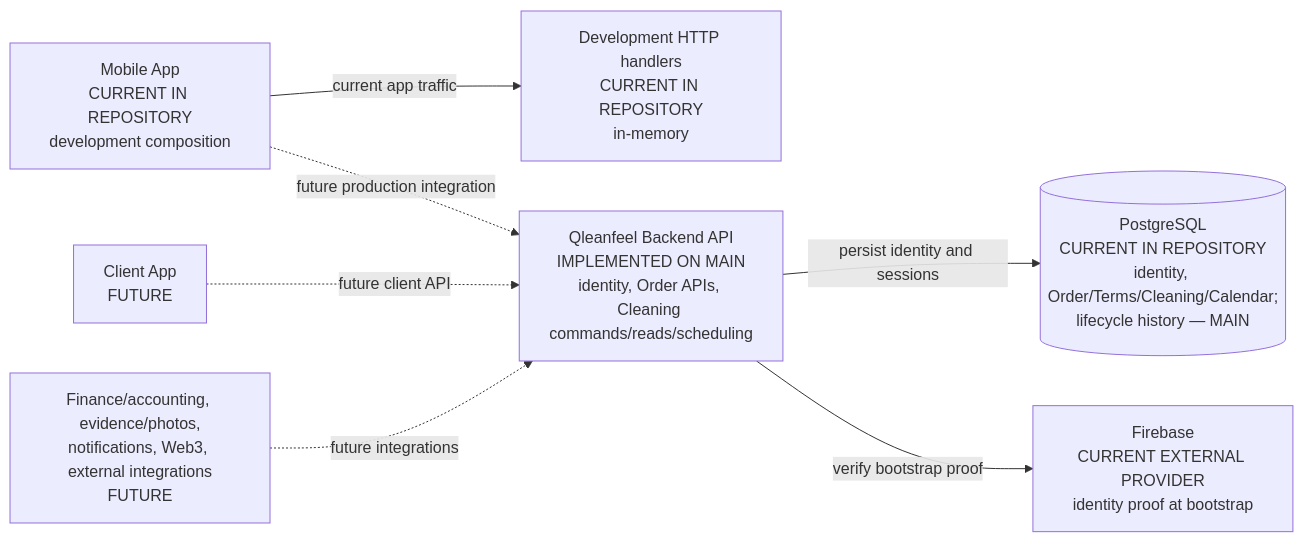
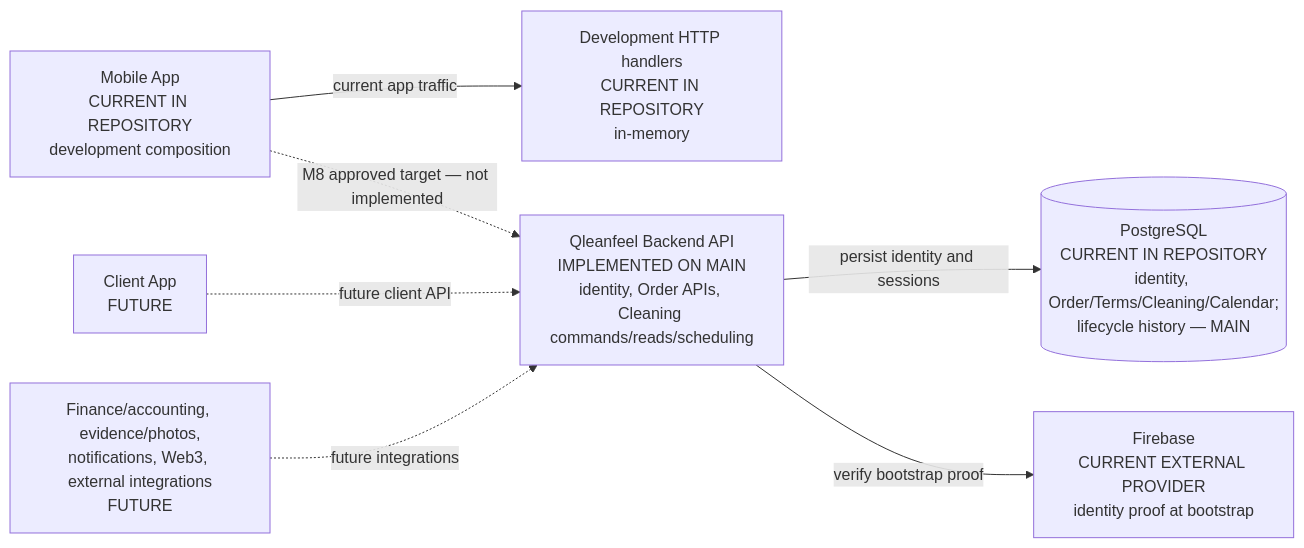
One commit to qleanfeel-bot/qleanfeel-rn changed the first of 11 diagrams in docs/ARCHITECTURE_MAP.md. Above: the diagram before and after it, drawn with Mermaid. The commit also changed other lines of this file and 7 other files, not shown here.

Commit message:
docs: record approved M8 integration architecture

````diff
--- a/docs/ARCHITECTURE_MAP.md
+++ b/docs/ARCHITECTURE_MAP.md
@@ -9,17 +9,17 @@
 ```mermaid
 flowchart LR
   Mobile["Mobile App<br/>CURRENT IN REPOSITORY<br/>development composition"]
   DevHTTP["Development HTTP handlers<br/>CURRENT IN REPOSITORY<br/>in-memory"]
   Backend["Qleanfeel Backend API<br/>IMPLEMENTED ON MAIN<br/>identity, Order APIs, Cleaning commands/reads/scheduling"]
   DB[("PostgreSQL<br/>CURRENT IN REPOSITORY<br/>identity, Order/Terms/Cleaning/Calendar;<br/>lifecycle history — MAIN")]
   Firebase["Firebase<br/>CURRENT EXTERNAL PROVIDER<br/>identity proof at bootstrap"]
   Client["Client App<br/>FUTURE"]
   Other["Finance/accounting, evidence/photos,<br/>notifications, Web3, external integrations<br/>FUTURE"]
 
   Mobile -->|"current app traffic"| DevHTTP
-  Mobile -.->|"future production integration"| Backend
+  Mobile -.->|"M8 approved target — not implemented"| Backend
   Backend -->|"persist identity and sessions"| DB
   Backend -->|"verify bootstrap proof"| Firebase
   Client -.->|"future client API"| Backend
   Other -.->|"future integrations"| Backend
 ```
````
